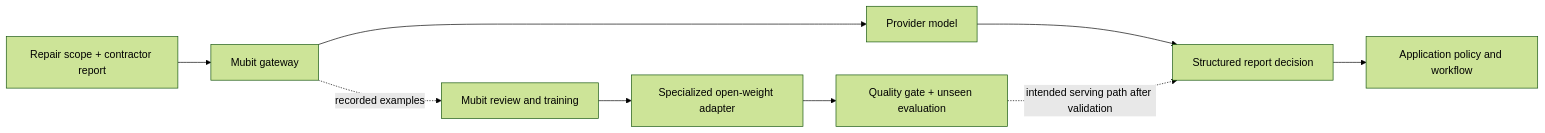
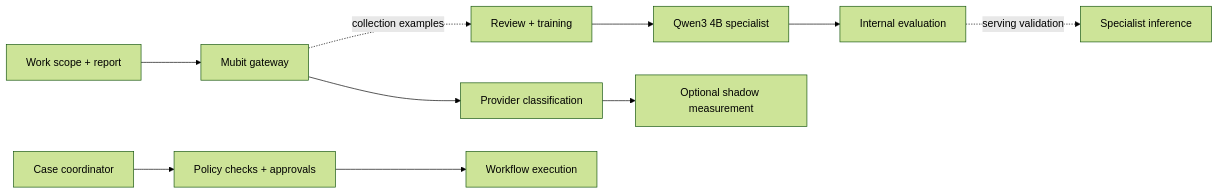
The diagram in README.md (vbshuliar/mubit-hackathon), drawn with Mermaid (forest theme) before and after one commit. The commit also changed other lines of this file and 1 other file, not shown here.

Commit message:
Restructure README around product value and Mubit learning

````diff
--- a/README.md
+++ b/README.md
@@ -95,11 +79,12 @@
 ```mermaid
 flowchart LR
-    A[Repair scope + contractor report] --> B[Mubit gateway]
-    B --> C[Provider model]
-    C --> D[Structured report decision]
-    B -. recorded examples .-> E[Mubit review and training]
-    E --> F[Specialized open-weight adapter]
-    F --> G[Quality gate + unseen evaluation]
-    G -. intended serving path after validation .-> D
-    D --> H[Application policy and workflow]
+    A[Work scope + report] --> B[Mubit gateway]
+    B --> C[Provider classification]
+    B -. collection examples .-> D[Review + training]
+    D --> E[Qwen3 4B specialist]
+    E --> F[Internal evaluation]
+    F -. serving validation .-> G[Specialist inference]
+    C --> H[Optional shadow measurement]
+    I[Case coordinator] --> J[Policy checks + approvals]
+    J --> K[Workflow execution]
 ```
````
